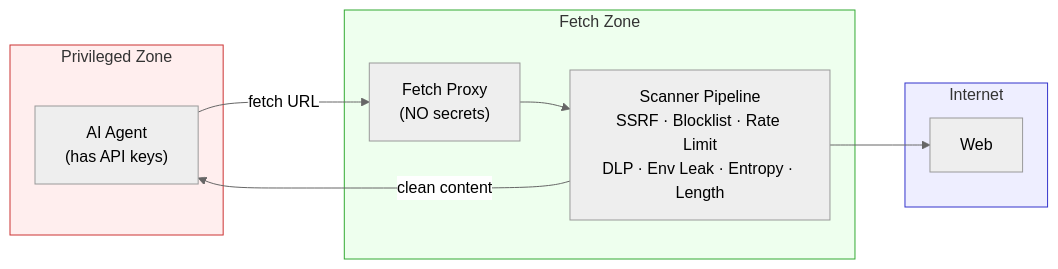
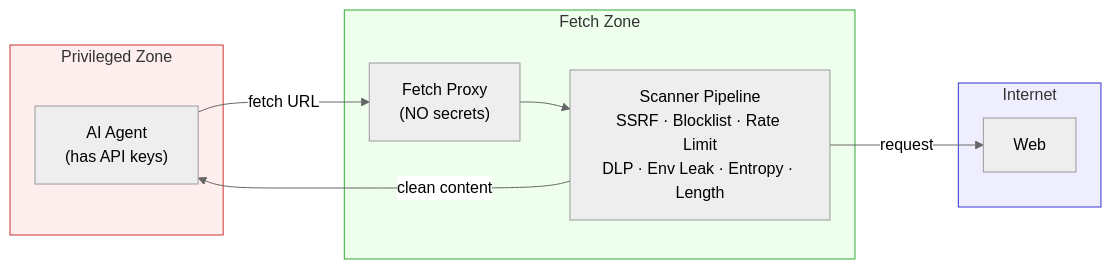
The diagram in README.md (luckyPipewrench/pipelock), drawn with Mermaid (neutral theme) before and after one commit. The commit also changed other lines of this file, not shown here.

````diff
--- a/README.md
+++ b/README.md
@@ -31,22 +31,22 @@
 ```mermaid
 flowchart LR
     subgraph PRIVILEGED["Privileged Zone"]
         Agent["AI Agent\n(has API keys)"]
     end
     subgraph FETCH["Fetch Zone"]
         Proxy["Fetch Proxy\n(NO secrets)"]
         Scanner["Scanner Pipeline\nSSRF · Blocklist · Rate Limit\nDLP · Env Leak · Entropy · Length"]
     end
     subgraph NET["Internet"]
         Web["Web"]
     end
 
     Agent -- "fetch URL" --> Proxy
     Proxy --> Scanner
     Scanner -- "clean content" --> Agent
-    Scanner --> Web
+    Scanner -- "request" --> Web
 
     style PRIVILEGED fill:#fee,stroke:#c33
     style FETCH fill:#efe,stroke:#3a3
     style NET fill:#eef,stroke:#33c
 ```
````
